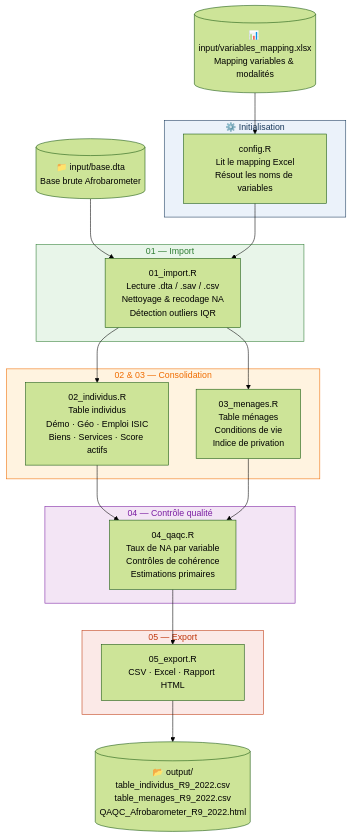
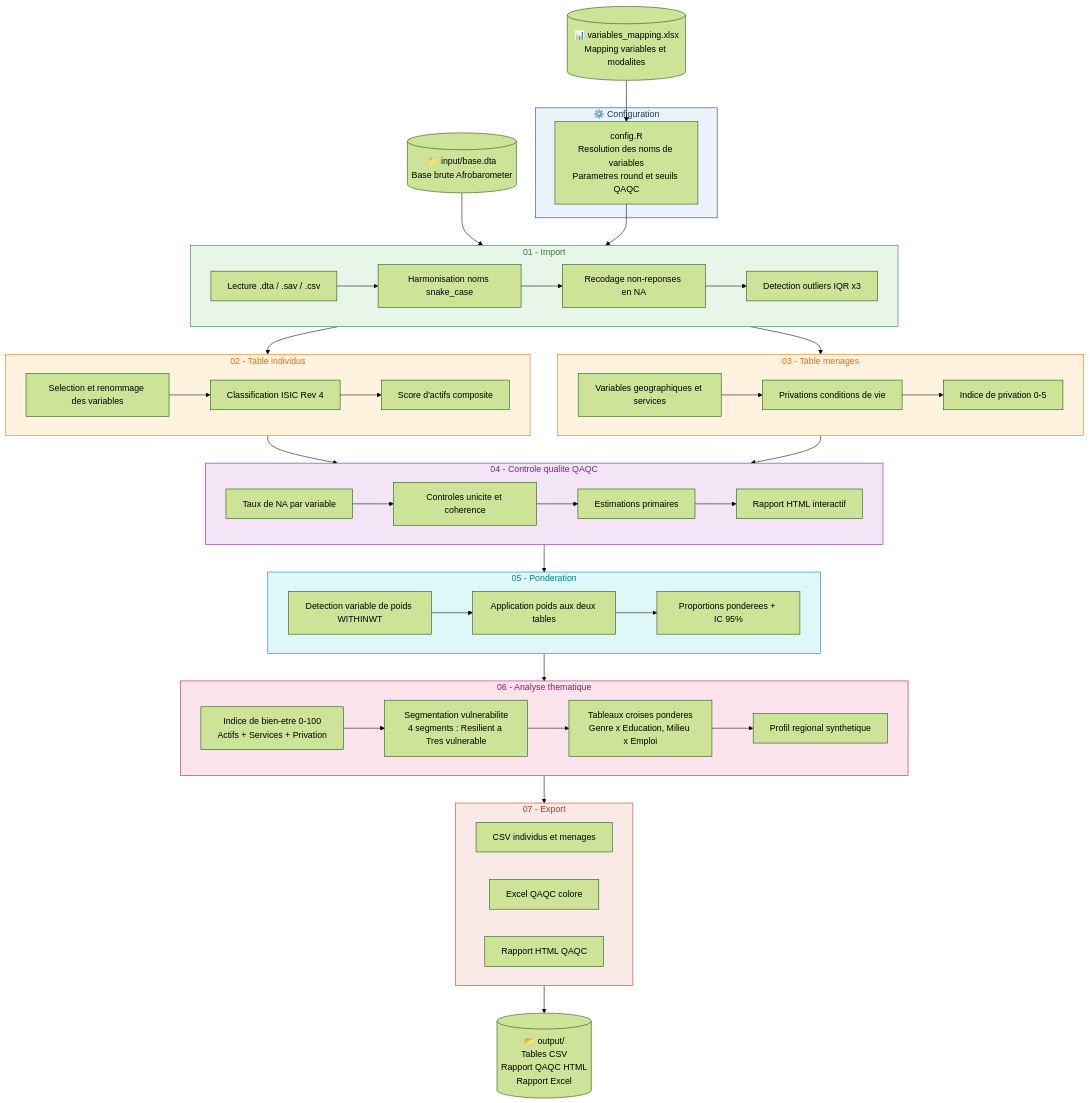
The diagram in README.md (JODRAFF9/SEN-AFROBAROMETER-PIPELINE-ENSAE), drawn with Mermaid (forest theme) before and after one commit. The commit also changed other lines of this file and 4 other files, not shown here.

First line of the commit message:
feat: etapes 05 ponderation et 06 analyse + refonte README

````diff
--- a/README.md
+++ b/README.md
@@ -29,44 +29,89 @@
 ```mermaid
 flowchart TD
-    A[(📁 input/base.dta\nBase brute Afrobarometer)] --> B
-    X[(📊 input/variables_mapping.xlsx\nMapping variables & modalités)] --> C
+    RAW[(📁 input/base.dta\nBase brute Afrobarometer)]
+    MAP[(📊 variables_mapping.xlsx\nMapping variables et modalites)]
 
-    subgraph CONFIG ["⚙️ Initialisation"]
-        C[config.R\nLit le mapping Excel\nRésout les noms de variables]
+    subgraph CONFIG ["⚙️ Configuration"]
+        C[config.R\nResolution des noms de variables\nParametres round et seuils QAQC]
     end
 
-    C --> B
+    MAP --> C
+    RAW --> STEP1
 
-    subgraph IMPORT ["01 — Import"]
-        B[01_import.R\nLecture .dta / .sav / .csv\nNettoyage & recodage NA\nDétection outliers IQR]
+    subgraph STEP1 ["01 - Import"]
+        I1[Lecture .dta / .sav / .csv]
+        I2[Harmonisation noms snake_case]
+        I3[Recodage non-reponses en NA]
+        I4[Detection outliers IQR x3]
+        I1 --> I2 --> I3 --> I4
     end
 
-    B --> D
-    B --> E
+    C --> STEP1
 
-    subgraph TRAITEMENT ["02 & 03 — Consolidation"]
-        D[02_individus.R\nTable individus\nDémo · Géo · Emploi ISIC\nBiens · Services · Score actifs]
-        E[03_menages.R\nTable ménages\nConditions de vie\nIndice de privation]
+    STEP1 --> STEP2
+    STEP1 --> STEP3
+
+    subgraph STEP2 ["02 - Table individus"]
+        T1[Selection et renommage des variables]
+        T2[Classification ISIC Rev 4]
+        T3[Score d'actifs composite]
+        T1 --> T2 --> T3
     end
 
-    D --> F
-    E --> F
-
-    subgraph QAQC ["04 — Contrôle qualité"]
-        F[04_qaqc.R\nTaux de NA par variable\nContrôles de cohérence\nEstimations primaires]
+    subgraph STEP3 ["03 - Table menages"]
+        M1[Variables geographiques et services]
+        M2[Privations conditions de vie]
+        M3[Indice de privation 0-5]
+        M1 --> M2 --> M3
     end
 
-    F --> G
+    STEP2 --> STEP4
+    STEP3 --> STEP4
 
-    subgraph EXPORT ["05 — Export"]
-        G[05_export.R\nCSV · Excel · Rapport HTML]
+    subgraph STEP4 ["04 - Controle qualite QAQC"]
+        Q1[Taux de NA par variable]
+        Q2[Controles unicite et coherence]
+        Q3[Estimations primaires]
+        Q4[Rapport HTML interactif]
+        Q1 --> Q2 --> Q3 --> Q4
     end
 
-    G --> H[(📂 output/\ntable_individus_R9_2022.csv\ntable_menages_R9_2022.csv\nQAQC_Afrobarometer_R9_2022.html)]
+    STEP4 --> STEP5
 
-    style CONFIG     fill:#EBF2FA,stroke:#1A3A5C,color:#1A3A5C
-    style IMPORT     fill:#E8F5E9,stroke:#2E7D32,color:#2E7D32
-    style TRAITEMENT fill:#FFF3E0,stroke:#EF6C00,color:#EF6C00
-    style QAQC       fill:#F3E5F5,stroke:#7B1FA2,color:#7B1FA2
-    style EXPORT     fill:#FBE9E7,stroke:#BF360C,color:#BF360C
+    subgraph STEP5 ["05 - Ponderation"]
+        P1[Detection variable de poids WITHINWT]
+        P2[Application poids aux deux tables]
+        P3[Proportions ponderees + IC 95%]
+        P1 --> P2 --> P3
+    end
+
+    STEP5 --> STEP6
+
+    subgraph STEP6 ["06 - Analyse thematique"]
+        A1[Indice de bien-etre 0-100\nActifs + Services + Privation]
+        A2[Segmentation vulnerabilite\n4 segments : Resilient a Tres vulnerable]
+        A3[Tableaux croises ponderes\nGenre x Education, Milieu x Emploi]
+        A4[Profil regional synthetique]
+        A1 --> A2 --> A3 --> A4
+    end
+
+    STEP6 --> STEP7
+
+    subgraph STEP7 ["07 - Export"]
+        E1[CSV individus et menages]
+        E2[Excel QAQC colore]
+        E3[Rapport HTML QAQC]
+        E1 & E2 & E3
+    end
+
+    STEP7 --> OUT[(📂 output/\nTables CSV\nRapport QAQC HTML\nRapport Excel)]
+
+    style CONFIG fill:#EBF2FA,stroke:#1A3A5C,color:#1A3A5C
+    style STEP1  fill:#E8F5E9,stroke:#2E7D32,color:#2E7D32
+    style STEP2  fill:#FFF3E0,stroke:#EF6C00,color:#EF6C00
+    style STEP3  fill:#FFF3E0,stroke:#EF6C00,color:#EF6C00
+    style STEP4  fill:#F3E5F5,stroke:#7B1FA2,color:#7B1FA2
+    style STEP5  fill:#E0F7FA,stroke:#00838F,color:#00838F
+    style STEP6  fill:#FCE4EC,stroke:#AD1457,color:#AD1457
+    style STEP7  fill:#FBE9E7,stroke:#BF360C,color:#BF360C
 ```
````
